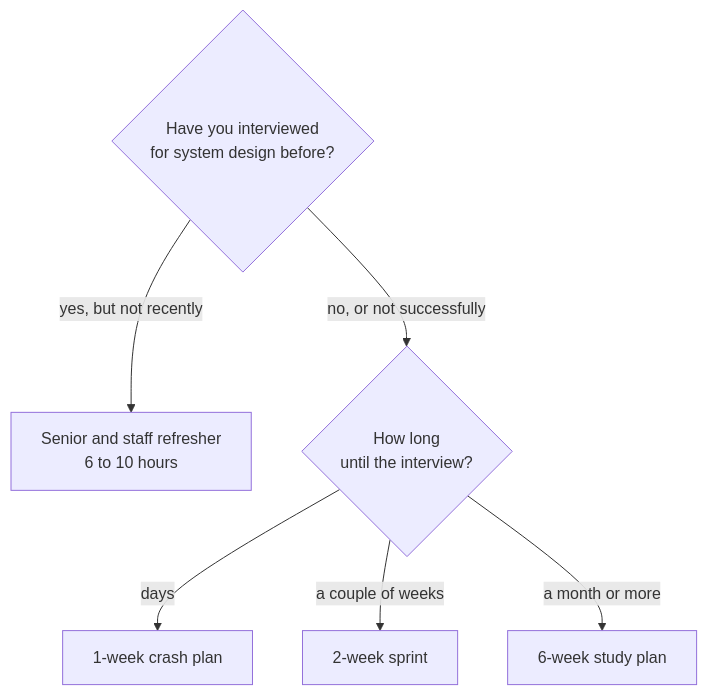
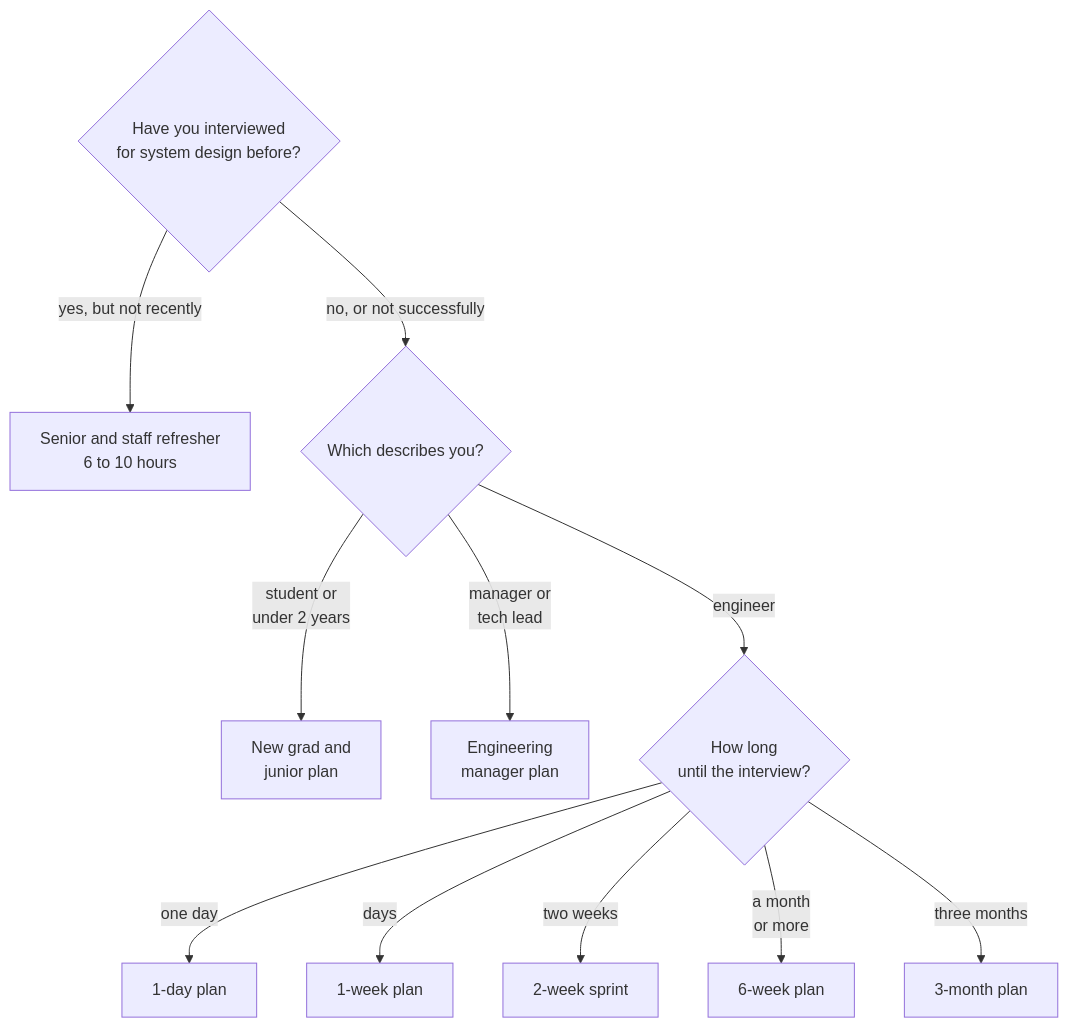
Before and after one commit to design-gurus/grokking-system-design: the diagram in roadmaps/README.md, drawn with Mermaid. The commit also changed other lines of this file and 15 other files, not shown here.

First line of the commit message:
Add 4 roadmaps and 8 comparison cheat sheets

````diff
--- a/roadmaps/README.md
+++ b/roadmaps/README.md
@@ -12,9 +16,14 @@
 ```mermaid
 flowchart TD
     Q1{"Have you interviewed<br/>for system design before?"}
     Q1 -->|"yes, but not recently"| REF["Senior and staff refresher<br/>6 to 10 hours"]
-    Q1 -->|"no, or not successfully"| Q2{"How long<br/>until the interview?"}
-    Q2 -->|"days"| W1["1-week crash plan"]
-    Q2 -->|"a couple of weeks"| W2["2-week sprint"]
-    Q2 -->|"a month or more"| W6["6-week study plan"]
+    Q1 -->|"no, or not successfully"| Q0{"Which describes you?"}
+    Q0 -->|"student or<br/>under 2 years"| NG["New grad and<br/>junior plan"]
+    Q0 -->|"manager or<br/>tech lead"| EM["Engineering<br/>manager plan"]
+    Q0 -->|"engineer"| Q2{"How long<br/>until the interview?"}
+    Q2 -->|"one day"| D1["1-day plan"]
+    Q2 -->|"days"| W1["1-week plan"]
+    Q2 -->|"two weeks"| W2["2-week sprint"]
+    Q2 -->|"a month<br/>or more"| W6["6-week plan"]
+    Q2 -->|"three months"| M3["3-month plan"]
 ```
````
